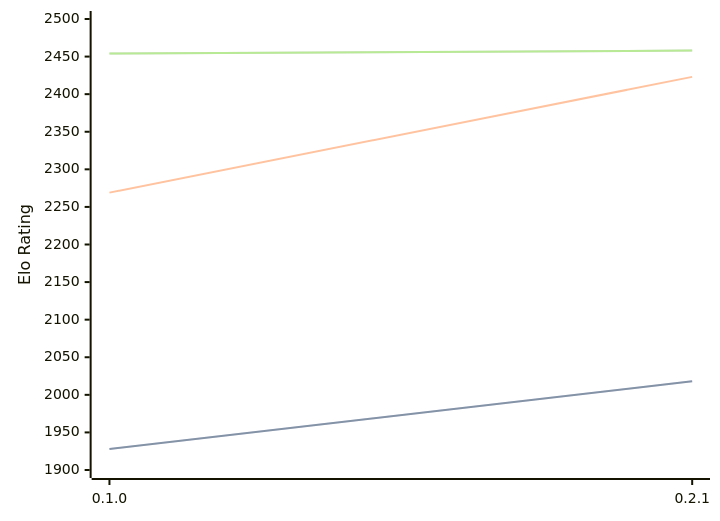
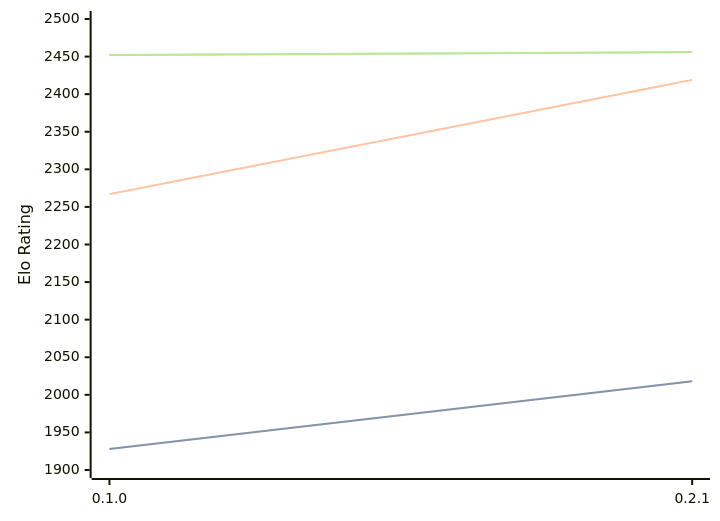
One commit to computer-chess-index/cci changed the diagram in engines/Sykora.md. Above: the diagram before and after it, drawn with Mermaid. The commit also changed other lines of this file, not shown here.

Commit message:
Update CCI Ratings (ELO VLTC) - 2026-03-10

````diff
--- a/engines/Sykora.md
+++ b/engines/Sykora.md
@@ -30,11 +30,11 @@
 ```mermaid
 %%{init: {"theme":"base","themeVariables":{"seriesColors:['#a3a3a3','#222221','#faa371']}}}%%
 xychart-beta
   x-axis ["0.1.0", "0.2.1"]
   y-axis "Elo Rating" 1900 --> 2500
   line "STC (8.0+0.08s)" [1928, 2018]
   line "STC (8.0+0.08s)" [1928, 2018]
-  line "LTC (60.0+0.60s)" [2269, 2423]
-  line "VLTC (2m24s+1.12s)" [2454, 2458]
-  line "VLTC (2m24s+1.12s)" [2454, 2458]
+  line "LTC (60.0+0.60s)" [2267, 2419]
+  line "VLTC (2m24s+1.12s)" [2452, 2456]
+  line "VLTC (2m24s+1.12s)" [2452, 2456]
 ```
````
